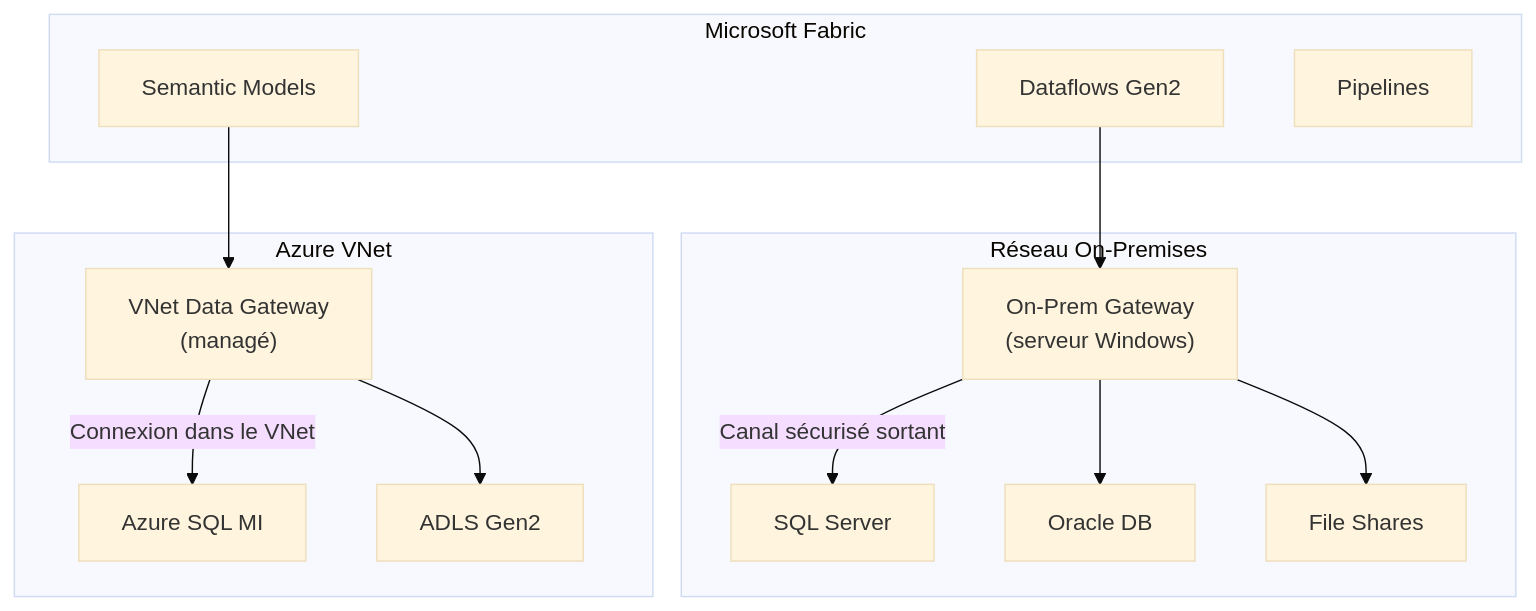
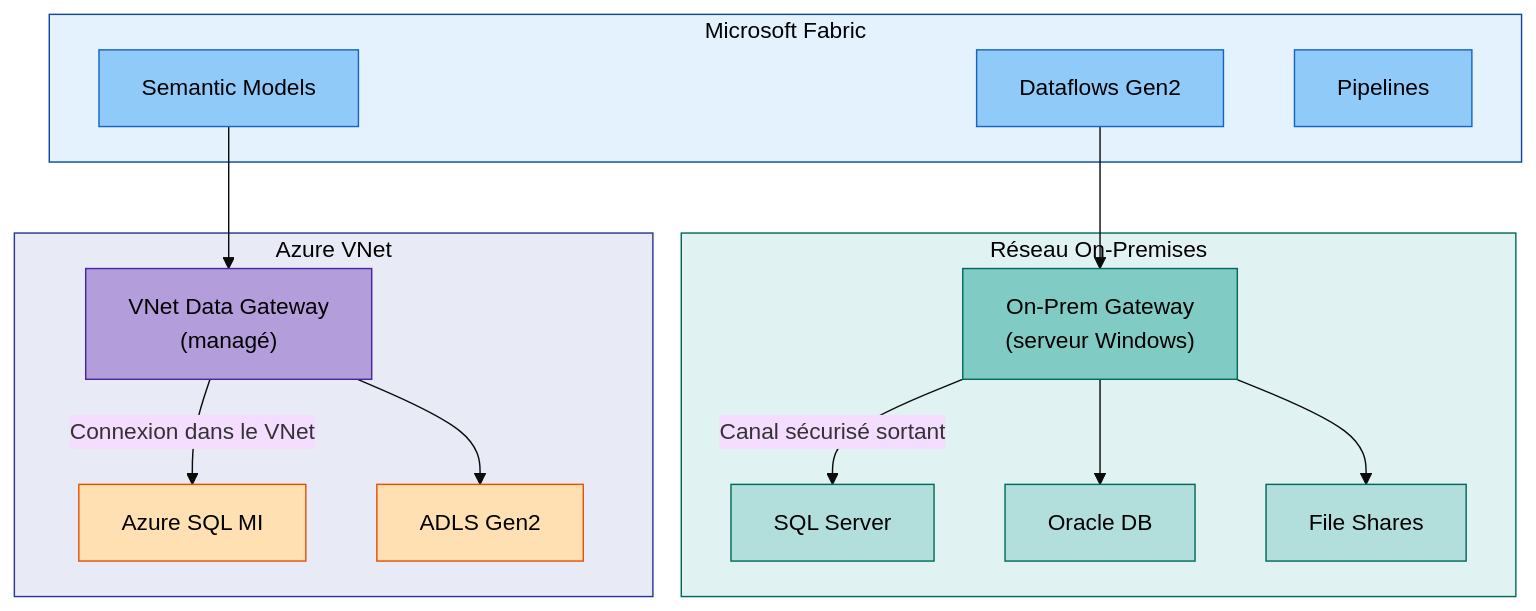
The ninth of 12 diagrams in Fabric_Network_Security.md (fredgis/fabric-foundry-kb), drawn with Mermaid (base theme) before and after one commit. The commit also changed other lines of this file and 1 other file, not shown here.

First line of the commit message:
Add colors to all 12 Mermaid diagrams in Fabric Network Security

````diff
--- a/Fabric_Network_Security.md
+++ b/Fabric_Network_Security.md
@@ -417,27 +498,41 @@
 ```mermaid
 flowchart TB
     subgraph Fabric["Microsoft Fabric"]
         DF["Dataflows Gen2"]
         SM["Semantic Models"]
         PL["Pipelines"]
     end
 
     subgraph OnPrem["Réseau On-Premises"]
         OPGW["On-Prem Gateway\n(serveur Windows)"]
         SQLSrv["SQL Server"]
         Oracle["Oracle DB"]
         Files["File Shares"]
     end
 
     subgraph Azure["Azure VNet"]
         VGW["VNet Data Gateway\n(managé)"]
         ASQL["Azure SQL MI"]
         ADLS["ADLS Gen2"]
     end
 
     DF --> OPGW -->|Canal sécurisé sortant| SQLSrv
     OPGW --> Oracle
     OPGW --> Files
     SM --> VGW -->|Connexion dans le VNet| ASQL
     VGW --> ADLS
+
+    style Fabric fill:#e3f2fd,stroke:#0d47a1,color:#000
+    style DF fill:#90caf9,stroke:#1565c0,color:#000
+    style SM fill:#90caf9,stroke:#1565c0,color:#000
+    style PL fill:#90caf9,stroke:#1565c0,color:#000
+    style OnPrem fill:#e0f2f1,stroke:#00695c,color:#000
+    style OPGW fill:#80cbc4,stroke:#00695c,color:#000
+    style SQLSrv fill:#b2dfdb,stroke:#00695c,color:#000
+    style Oracle fill:#b2dfdb,stroke:#00695c,color:#000
+    style Files fill:#b2dfdb,stroke:#00695c,color:#000
+    style Azure fill:#e8eaf6,stroke:#283593,color:#000
+    style VGW fill:#b39ddb,stroke:#4527a0,color:#000
+    style ASQL fill:#ffe0b2,stroke:#e65100,color:#000
+    style ADLS fill:#ffe0b2,stroke:#e65100,color:#000
 ```
````
